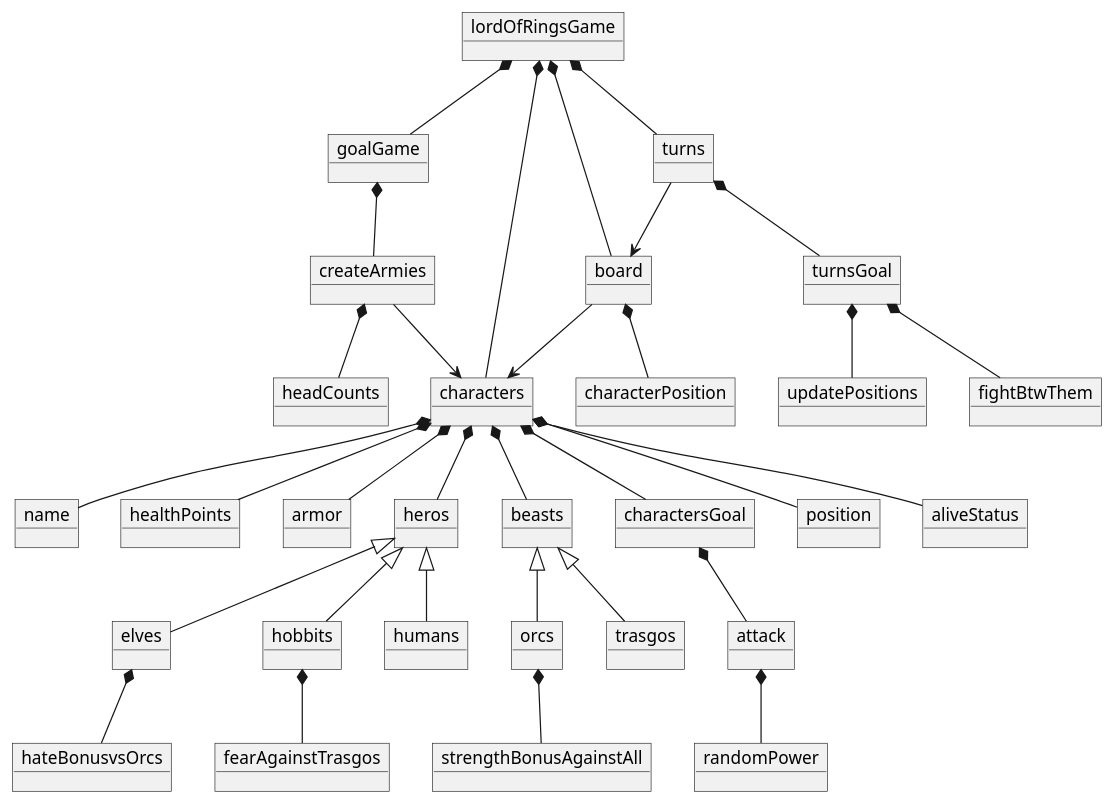
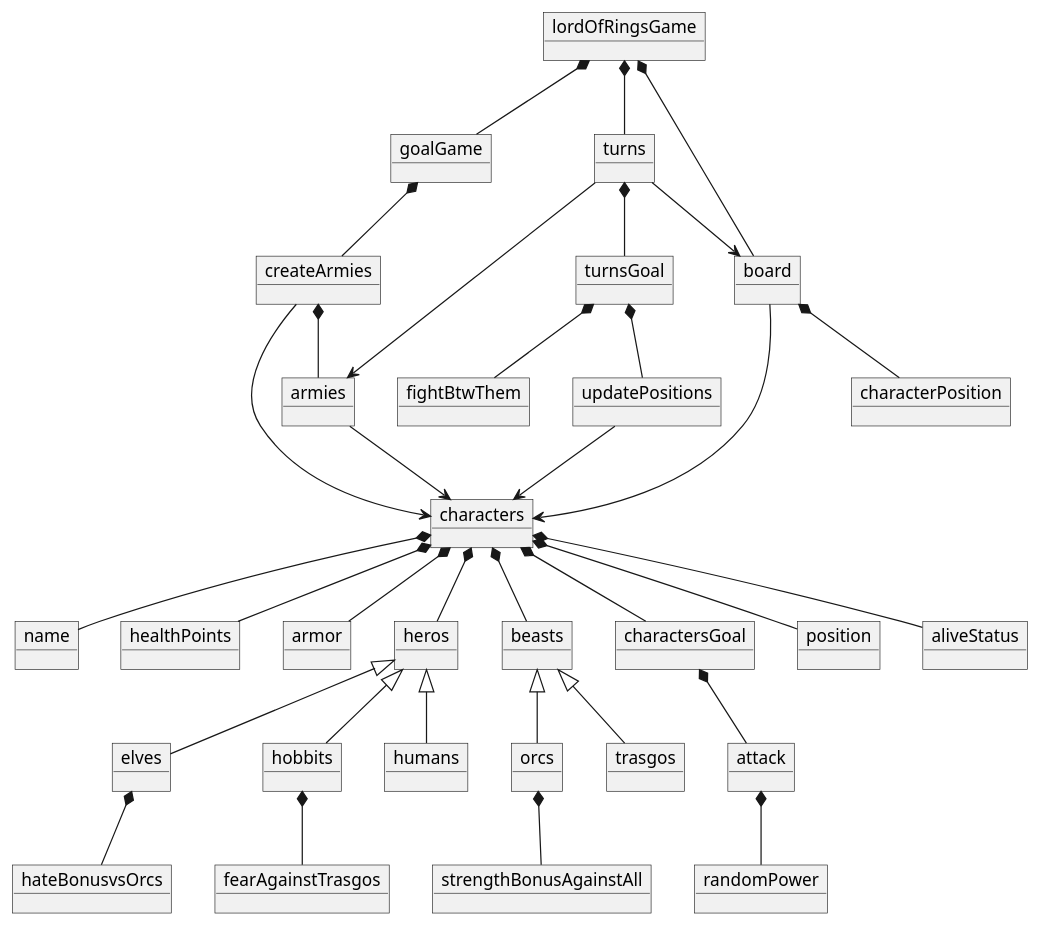
One commit to andrescordovatelus/LordsOfRings-Game changed the diagram in doc/diagram.puml. Above: the diagram before and after it, drawn with PlantUML.

Commit message:
Diagram updated

```diff
--- a/doc/diagram.puml
+++ b/doc/diagram.puml
@@ -1,90 +1,85 @@
 @startuml firstDraft
 
     object lordOfRingsGame
     object characters
     object name
 
     object healthPoints
     object armor
 
     object randomPower
 
     object elves
     object hateBonusvsOrcs
     object heros
 
     object hobbits
     object beasts
     object fearAgainstTrasgos
     object humans
     object charactersGoal
     object attack
     
     object orcs
     object strengthBonusAgainstAll
 
     object trasgos
     object goalGame
     object turnsGoal
     object createArmies
     object fightBtwThem
 
     object turns
     object board
     object characterPosition
     object position
     object updatePositions
-    object headCounts
+    object armies
     object aliveStatus
 
 
     characters *-- heros
     characters *-- beasts
     characters *-- charactersGoal
     characters *-- armor
     characters *-- healthPoints
     characters *-- name
     characters *-- aliveStatus
 
     lordOfRingsGame *-- turns
-    lordOfRingsGame *-- characters
     lordOfRingsGame *-- goalGame
     lordOfRingsGame *-- board
     goalGame *-- createArmies
 
     charactersGoal *-- attack
 
     heros <|-- elves
     heros <|-- hobbits
     heros <|-- humans
 
     beasts <|-- orcs
     beasts <|-- trasgos
 
     elves *-- hateBonusvsOrcs
     hobbits *-- fearAgainstTrasgos
     orcs *-- strengthBonusAgainstAll
 
     attack *-- randomPower
     turns *-- turnsGoal
     turnsGoal *-- fightBtwThem
     turnsGoal *-- updatePositions
+    updatePositions --> characters
 
     board --> characters
     board *-- characterPosition
 
     characters *-- position
 
-    createArmies *-- headCounts
+    createArmies *-- armies
     createArmies --> characters
+    armies --> characters
+    turns --> armies
 
     turns --> board
 
-
-    
-
-
-
-
-
 @enduml
```
